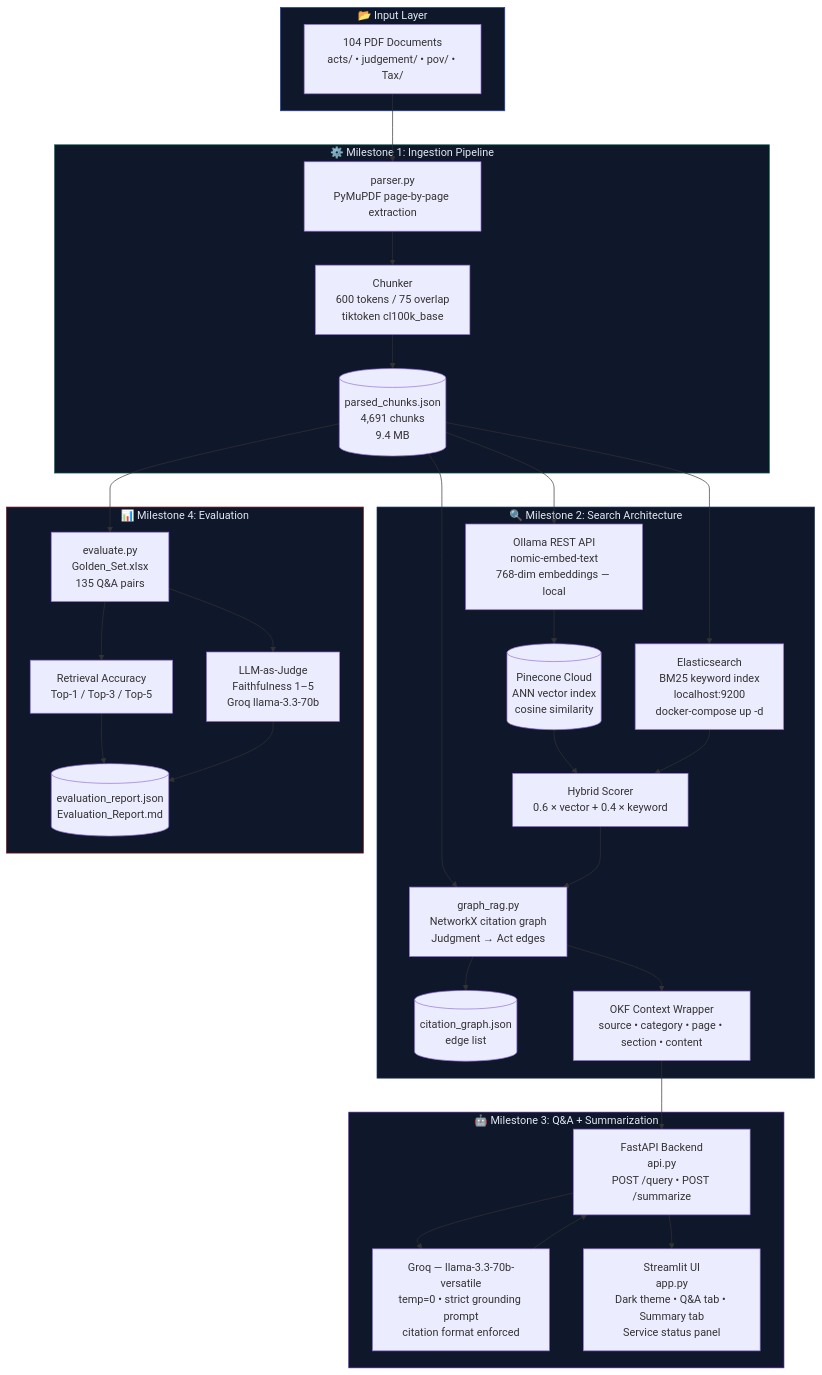
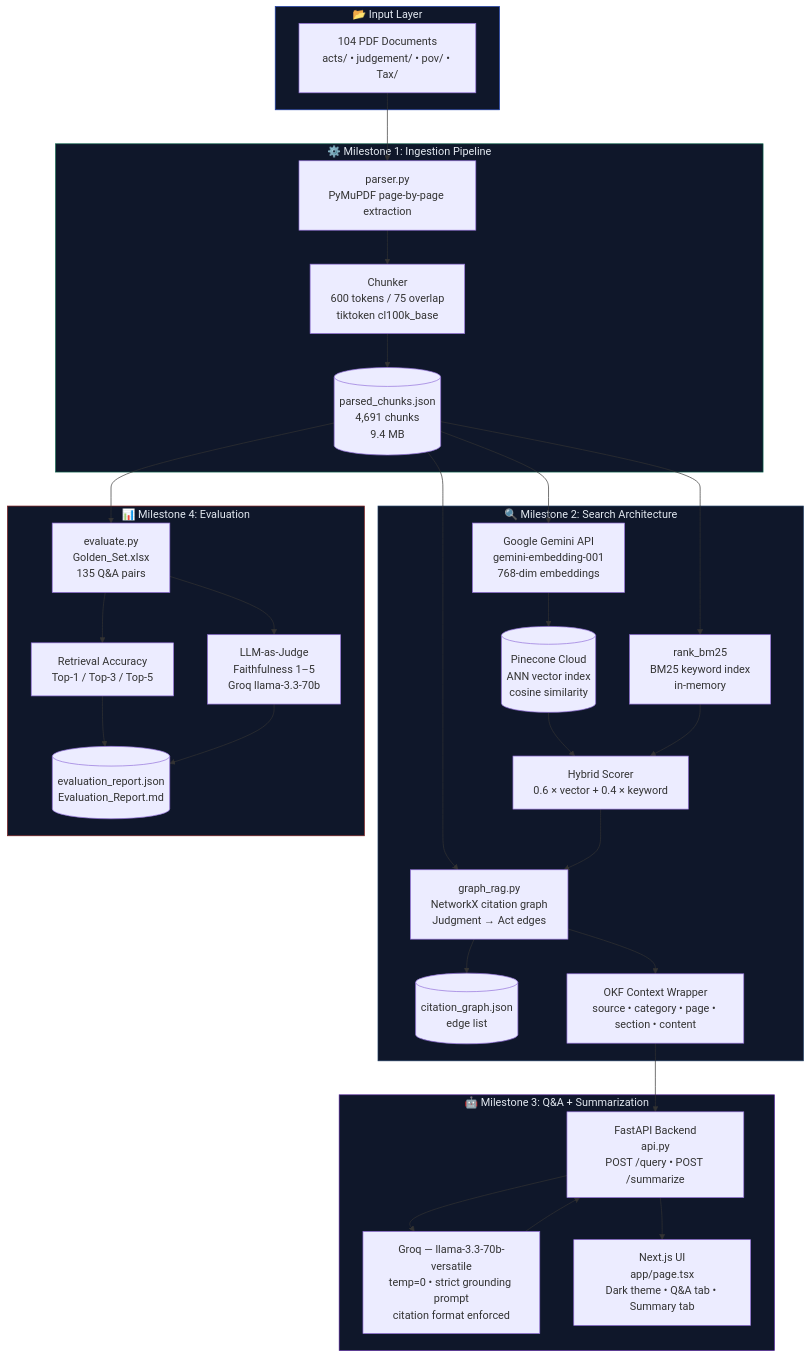
One commit to ashishSoni1234/legal-tax-rag-engine changed the diagram in docs/architecture.md. Above: the diagram before and after it, drawn with Mermaid. The commit also changed other lines of this file and 11 other files, not shown here.

Commit message:
chore: align docs and codebase with Next.js and Gemini stack

````diff
--- a/docs/architecture.md
+++ b/docs/architecture.md
@@ -5,58 +5,58 @@
 ```mermaid
 graph TD
     subgraph Input["📂 Input Layer"]
         A[104 PDF Documents<br/>acts/ • judgement/ • pov/ • Tax/]
     end
 
     subgraph M1["⚙️ Milestone 1: Ingestion Pipeline"]
         B[parser.py<br/>PyMuPDF page-by-page extraction]
         C[Chunker<br/>600 tokens / 75 overlap<br/>tiktoken cl100k_base]
         D[(parsed_chunks.json<br/>4,691 chunks<br/>9.4 MB)]
     end
 
     subgraph M2["🔍 Milestone 2: Search Architecture"]
-        E[Ollama REST API<br/>nomic-embed-text<br/>768-dim embeddings — local]
+        E[Google Gemini API<br/>gemini-embedding-001<br/>768-dim embeddings]
         F[(Pinecone Cloud<br/>ANN vector index<br/>cosine similarity)]
-        G[Elasticsearch<br/>BM25 keyword index<br/>localhost:9200<br/>docker-compose up -d]
+        G[rank_bm25<br/>BM25 keyword index<br/>in-memory]
         H[Hybrid Scorer<br/>0.6 × vector + 0.4 × keyword]
         I[graph_rag.py<br/>NetworkX citation graph<br/>Judgment → Act edges]
         J[(citation_graph.json<br/>edge list)]
         K[OKF Context Wrapper<br/>source • category • page • section • content]
     end
 
     subgraph M3["🤖 Milestone 3: Q&A + Summarization"]
         L[FastAPI Backend<br/>api.py<br/>POST /query • POST /summarize]
         M[Groq — llama-3.3-70b-versatile<br/>temp=0 • strict grounding prompt<br/>citation format enforced]
-        N[Streamlit UI<br/>app.py<br/>Dark theme • Q&A tab • Summary tab<br/>Service status panel]
+        N[Next.js UI<br/>app/page.tsx<br/>Dark theme • Q&A tab • Summary tab]
     end
 
     subgraph M4["📊 Milestone 4: Evaluation"]
         O[evaluate.py<br/>Golden_Set.xlsx<br/>135 Q&A pairs]
         P[Retrieval Accuracy<br/>Top-1 / Top-3 / Top-5]
         Q[LLM-as-Judge<br/>Faithfulness 1–5<br/>Groq llama-3.3-70b]
         R[(evaluation_report.json<br/>Evaluation_Report.md)]
     end
 
     A --> B --> C --> D
     D --> E --> F
     D --> G
     F --> H
     G --> H
     D --> I --> J
     H --> I
     I --> K
     K --> L
     L --> M --> L
     L --> N
     D --> O
     O --> P
     O --> Q
     P --> R
     Q --> R
 
     style Input fill:#0f172a,stroke:#1e40af,color:#e2e8f0
     style M1 fill:#0f172a,stroke:#065f46,color:#e2e8f0
     style M2 fill:#0f172a,stroke:#1e3a5f,color:#e2e8f0
     style M3 fill:#0f172a,stroke:#4c1d95,color:#e2e8f0
     style M4 fill:#0f172a,stroke:#7f1d1d,color:#e2e8f0
 ```
````
